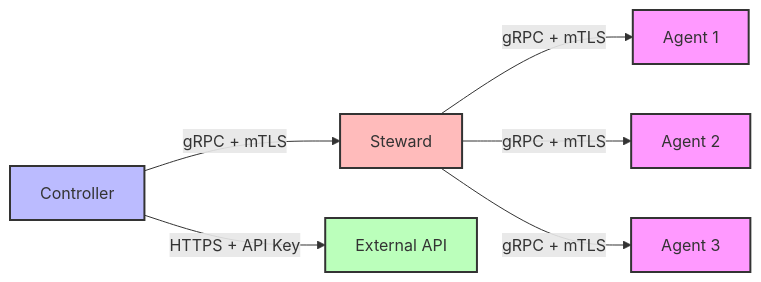
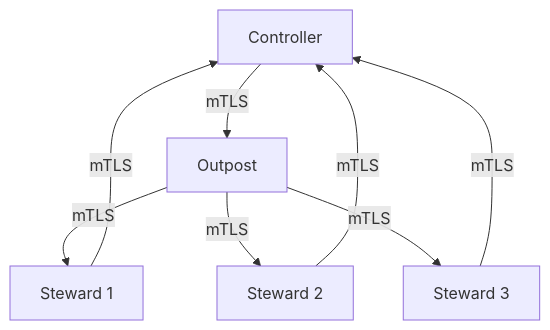
The second of 3 diagrams in docs/security/architecture.md (cfg-is/cfgms), drawn with Mermaid before and after one commit. The commit also changed other lines of this file and 25 other files, not shown here.

````diff
--- a/docs/security/architecture.md
+++ b/docs/security/architecture.md
@@ -33,14 +17,10 @@
 ```mermaid
-graph LR
-    C[Controller] -->|gRPC + mTLS| S[Steward]
-    S -->|gRPC + mTLS| A1[Agent 1]
-    S -->|gRPC + mTLS| A2[Agent 2]
-    S -->|gRPC + mTLS| A3[Agent 3]
-    C -->|HTTPS + API Key| E[External API]
-    style C fill:#bbf,stroke:#333,stroke-width:2px
-    style S fill:#fbb,stroke:#333,stroke-width:2px
-    style A1 fill:#f9f,stroke:#333,stroke-width:2px
-    style A2 fill:#f9f,stroke:#333,stroke-width:2px
-    style A3 fill:#f9f,stroke:#333,stroke-width:2px
-    style E fill:#bfb,stroke:#333,stroke-width:2px
+graph TD
+    A[Controller] -->|mTLS| B[Outpost]
+    B -->|mTLS| C[Steward 1]
+    B -->|mTLS| D[Steward 2]
+    B -->|mTLS| E[Steward 3]
+    C -->|mTLS| A
+    D -->|mTLS| A
+    E -->|mTLS| A
 ```
````
